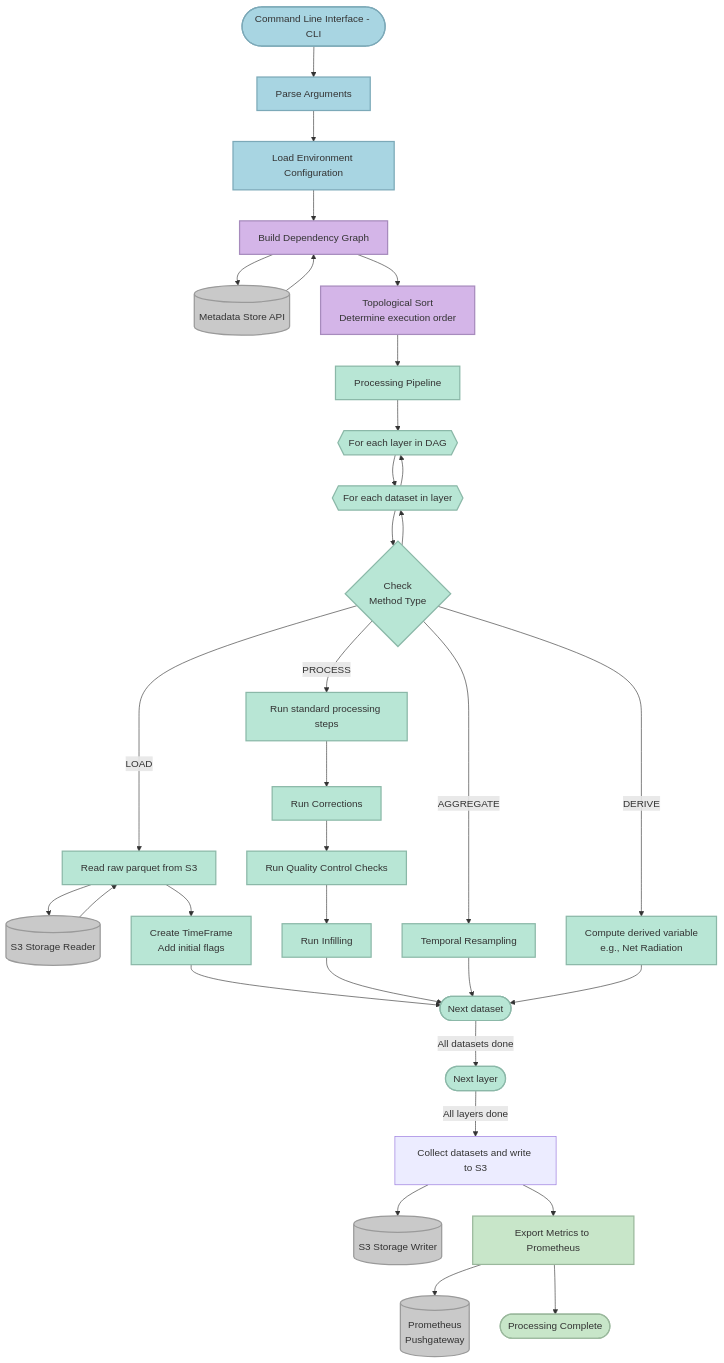
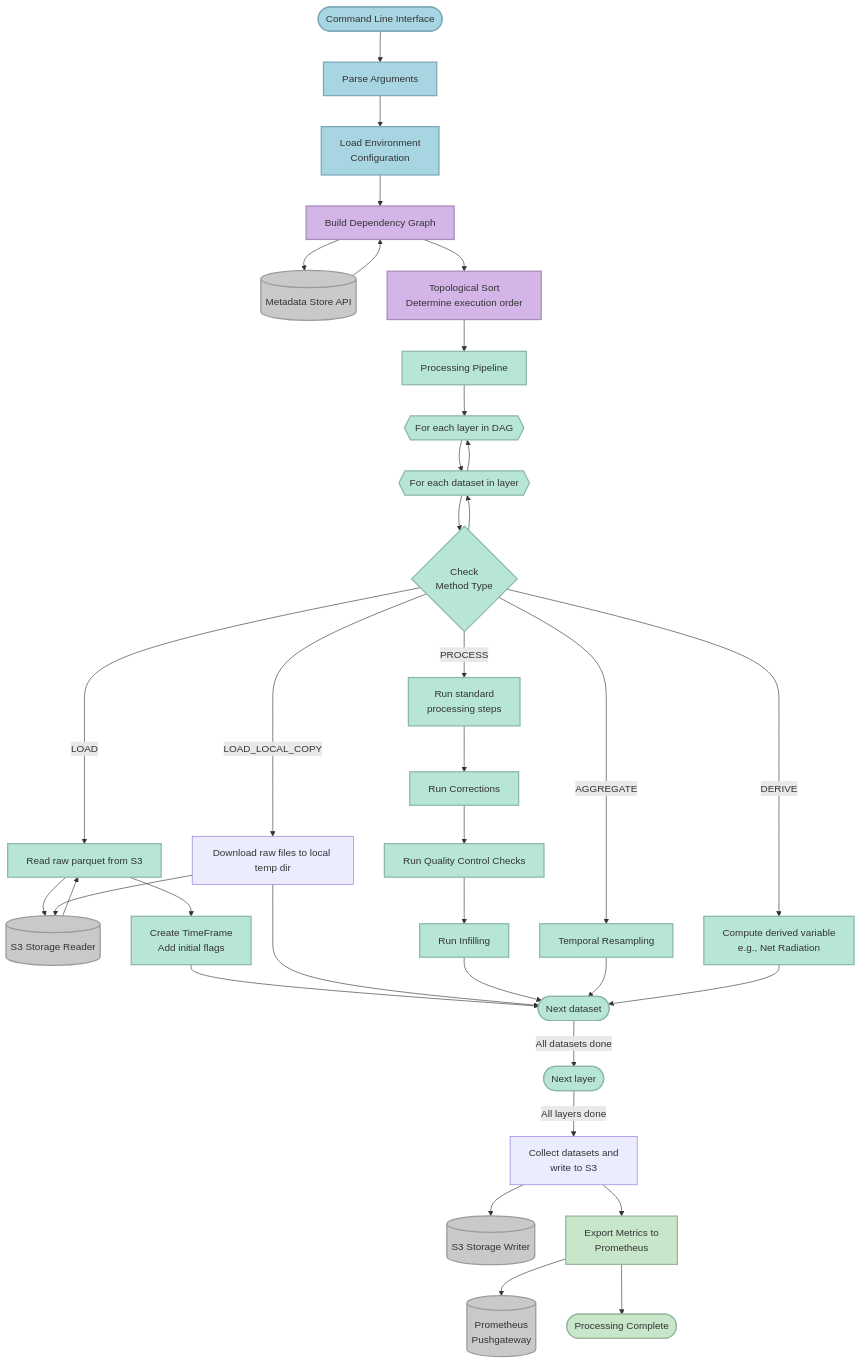
The first of 2 diagrams in docs/architecture.md (NERC-CEH/dri-timeseries-processor), drawn with Mermaid before and after one commit. The commit also changed other lines of this file and 7 other files, not shown here.

````diff
--- a/docs/architecture.md
+++ b/docs/architecture.md
@@ -9,57 +9,61 @@
 ```mermaid
 flowchart TD
-Start([Command Line Interface - CLI]) --> Parse[Parse Arguments]
-Parse --> LoadConfig[Load Environment Configuration]
+Start([Command Line Interface]) --> Parse[Parse Arguments]
+Parse --> LoadConfig[Load Environment<br />Configuration]
 
 LoadConfig --> BuildDAG[Build Dependency Graph]
 BuildDAG --> MetaAPI[(Metadata Store API)]
 MetaAPI --> BuildDAG
 BuildDAG --> TopoSort[Topological Sort<br/>Determine execution order]
 
 TopoSort --> Pipeline[Processing Pipeline]
 Pipeline --> StartLayer{{For each layer in DAG}}
 StartLayer --> StartProc{{For each dataset in layer}}
 StartProc --> StartLayer
 
 StartProc --> CheckMethod{Check<br/>Method Type}
 CheckMethod --> StartProc
 
 CheckMethod -->|LOAD| LoadRaw[Read raw parquet from S3]
 LoadRaw --> S3Reader[(S3 Storage Reader)]
 S3Reader --> LoadRaw
 LoadRaw --> CreateTF[Create TimeFrame<br/>Add initial flags]
 CreateTF --> NextDataset
 
-CheckMethod -->|PROCESS| Process[Run standard processing steps]
+CheckMethod -->|LOAD_LOCAL_COPY| StageFiles[Download raw files to local temp dir]
+StageFiles --> S3Reader
+StageFiles --> NextDataset
+
+CheckMethod -->|PROCESS| Process[Run standard<br />processing steps]
 Process --> RunCorr[Run Corrections]
 RunCorr --> RunQC[Run Quality Control Checks]
 RunQC --> RunInfill[Run Infilling]
 RunInfill --> NextDataset
 
 CheckMethod -->|AGGREGATE| Resample[Temporal Resampling]
 Resample --> NextDataset
 
 CheckMethod -->|DERIVE| Compute[Compute derived variable<br/>e.g., Net Radiation]
 Compute --> NextDataset
 
 NextDataset([Next dataset])
 NextDataset -->|All datasets done| NextLayer
 NextLayer([Next layer])
-NextLayer -->|All layers done| SaveDatasets[Collect datasets and write to S3]
+NextLayer -->|All layers done| SaveDatasets[Collect datasets and<br />write to S3]
 SaveDatasets --> S3Writer[(S3 Storage Writer)]
-SaveDatasets --> ExportMetrics[Export Metrics to Prometheus]
+SaveDatasets --> ExportMetrics[Export Metrics to<br />Prometheus]
 ExportMetrics --> PrometheusGW[(Prometheus<br/>Pushgateway)]
 ExportMetrics --> Done([Processing Complete])
 
 classDef setup fill:#A8D5E2,stroke:#7CA9B8,stroke-width:2px
 classDef orchestration fill:#D4B5E8,stroke:#A78BBD,stroke-width:2px
 classDef processing fill:#B8E6D5,stroke:#8BB8A8,stroke-width:2px
 classDef storage fill:#C9C9C9,stroke:#9A9A9A,stroke-width:2px
 classDef completion fill:#C8E6C9,stroke:#9AB89C,stroke-width:2px
 
 class Start,Parse,LoadConfig setup
 class BuildDAG,TopoSort, orchestration
 class Pipeline,CheckMethod,StartLayer,StartProc,LoadRaw,CreateTF,Process,RunCorr,RunQC,RunInfill,Resample,Compute,SaveProc,SaveAgg,SaveDeriv,NextDataset,NextLayer processing
 class MetaAPI,S3Reader,S3Writer,PrometheusGW storage
 class ExportMetrics,Done completion
 ```
````
